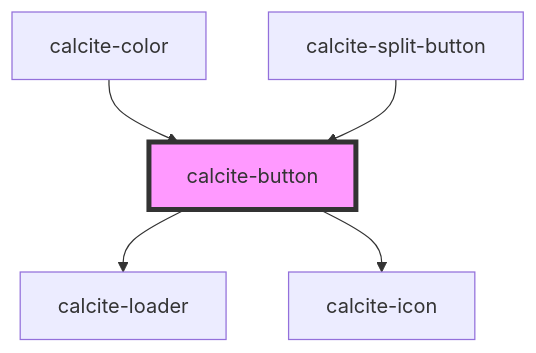
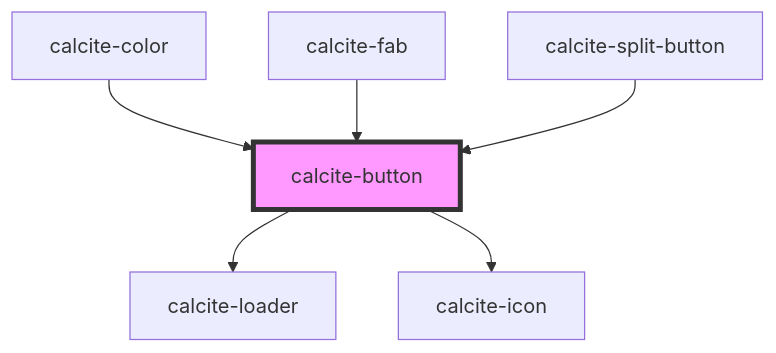
The diagram in src/components/calcite-button/readme.md (vikivakarvc/calcite-design-system), drawn with Mermaid before and after one commit. The commit also changed other lines of this file and 29 other files, not shown here.

````diff
--- a/src/components/calcite-button/readme.md
+++ b/src/components/calcite-button/readme.md
@@ -59,8 +60,9 @@
 ```mermaid
 graph TD;
   calcite-button --> calcite-loader
   calcite-button --> calcite-icon
   calcite-color --> calcite-button
+  calcite-fab --> calcite-button
   calcite-split-button --> calcite-button
   style calcite-button fill:#f9f,stroke:#333,stroke-width:4px
 ```
````
